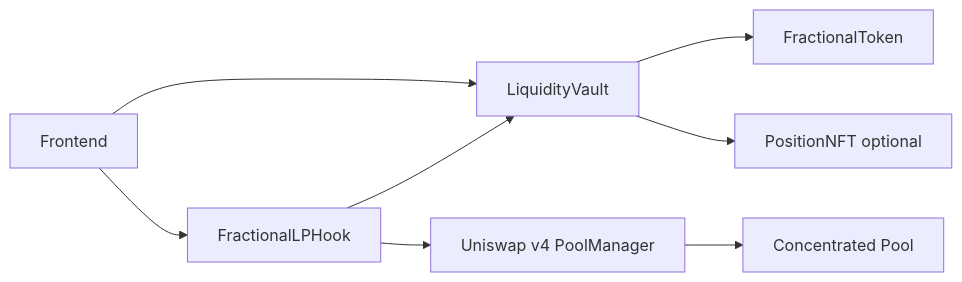
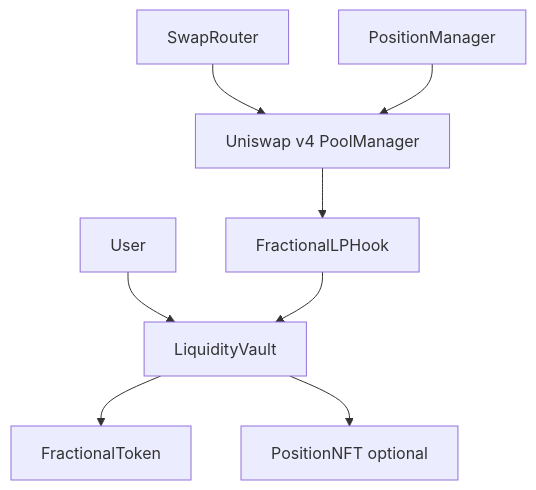
One commit to smartman873/non-fungible-lp-positions-managers changed the diagram in README.md. Above: the diagram before and after it, drawn with Mermaid. The commit also changed other lines of this file and 20 other files, not shown here.

Commit message:
feat: finalize unichain demo flow, coverage, and docs

````diff
--- a/README.md
+++ b/README.md
@@ -42,10 +32,10 @@
 ```mermaid
-graph LR
-    UI[Frontend] --> V[LiquidityVault]
-    UI --> H[FractionalLPHook]
+flowchart TD
+    U[User] --> V[LiquidityVault]
     V --> FT[FractionalToken]
     V --> PN[PositionNFT optional]
-    H --> PM[Uniswap v4 PoolManager]
-    PM --> POOL[Concentrated Pool]
+    PM[Uniswap v4 PoolManager] --> H[FractionalLPHook]
     H --> V
+    SR[SwapRouter] --> PM
+    POSM[PositionManager] --> PM
 ```
````
